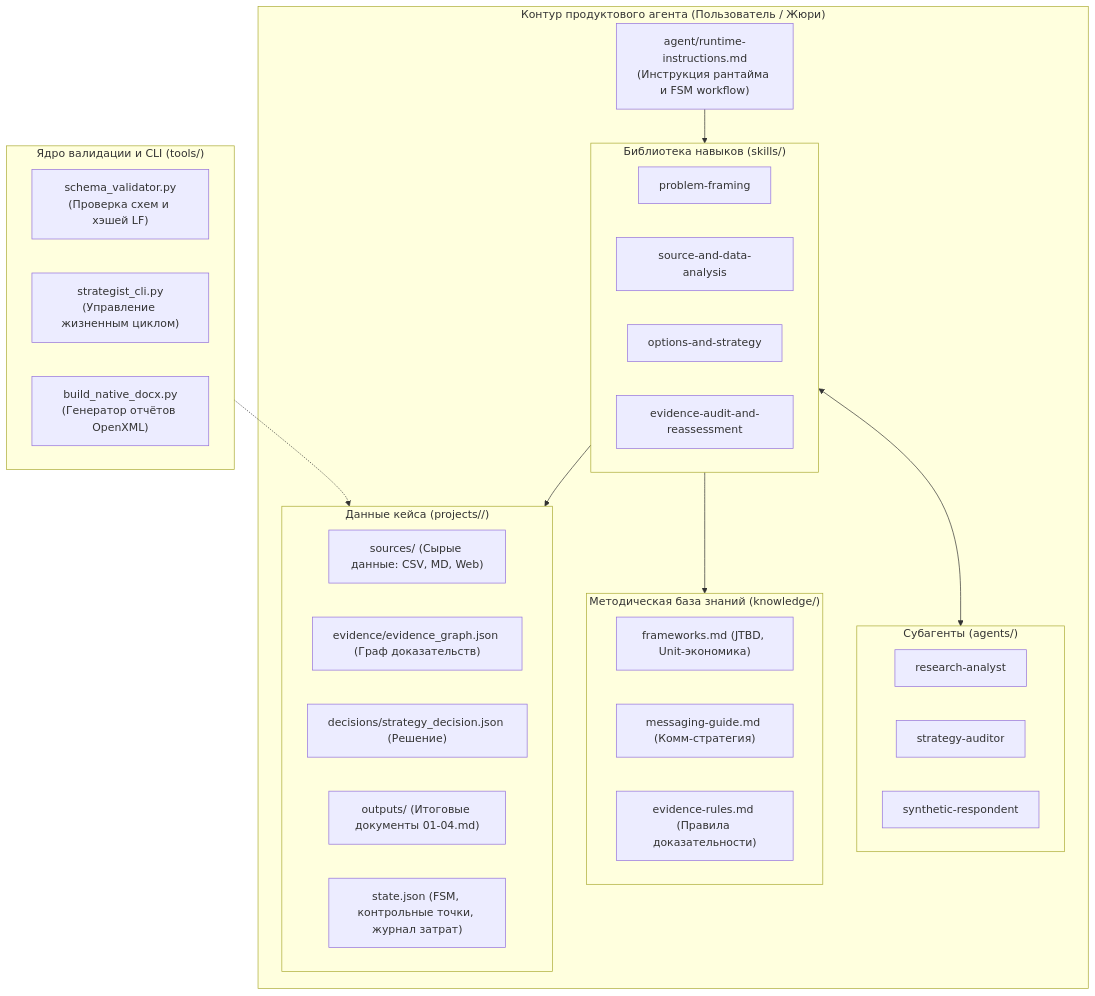
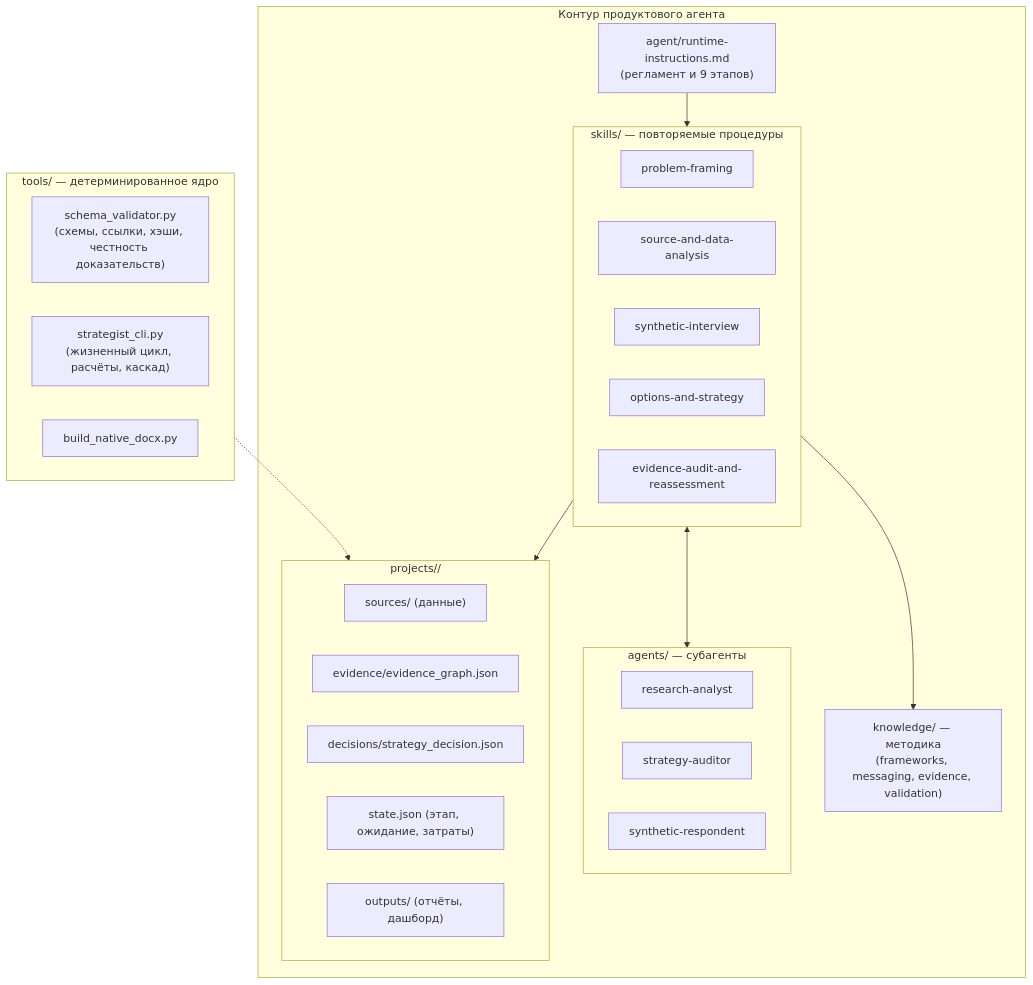
The diagram in README.md (Dafgas-ui/MGIMOv2), drawn with Mermaid before and after one commit. The commit also changed other lines of this file and 7 other files, not shown here.

````diff
--- a/README.md
+++ b/README.md
@@ -50,46 +85,36 @@
 ```mermaid
 flowchart TD
-    subgraph K2["Контур продуктового агента (Пользователь / Жюри)"]
-        RI["agent/runtime-instructions.md\n(Инструкция рантайма и FSM workflow)"]
-        
-        subgraph SKILLS["Библиотека навыков (skills/)"]
+    subgraph K2["Контур продуктового агента"]
+        RI["agent/runtime-instructions.md\n(регламент и 9 этапов)"]
+        subgraph SKILLS["skills/ — повторяемые процедуры"]
             S1["problem-framing"]
             S2["source-and-data-analysis"]
-            S3["options-and-strategy"]
-            S4["evidence-audit-and-reassessment"]
+            S3["synthetic-interview"]
+            S4["options-and-strategy"]
+            S5["evidence-audit-and-reassessment"]
         end
-
-        subgraph AGENTS["Субагенты (agents/)"]
+        subgraph AGENTS["agents/ — субагенты"]
             A1["research-analyst"]
             A2["strategy-auditor"]
             A3["synthetic-respondent"]
         end
-
-        subgraph KNOWLEDGE["Методическая база знаний (knowledge/)"]
-            KN1["frameworks.md (JTBD, Unit-экономика)"]
-            KN2["messaging-guide.md (Комм-стратегия)"]
-            KN3["evidence-rules.md (Правила доказательности)"]
+        KN["knowledge/ — методика\n(frameworks, messaging, evidence, validation)"]
+        subgraph CASE["projects/<case>/"]
+            SRC["sources/ (данные)"]
+            EV["evidence/evidence_graph.json"]
+            DEC["decisions/strategy_decision.json"]
+            ST["state.json (этап, ожидание, затраты)"]
+            OUT["outputs/ (отчёты, дашборд)"]
         end
-
-        subgraph CASE["Данные кейса (projects/<case>/)"]
-            SRC["sources/ (Сырые данные: CSV, MD, Web)"]
-            EV["evidence/evidence_graph.json (Граф доказательств)"]
-            DEC["decisions/strategy_decision.json (Решение)"]
-            OUT["outputs/ (Итоговые документы 01-04.md)"]
-            ST["state.json (FSM, контрольные точки, журнал затрат)"]
-        end
-
         RI --> SKILLS
         SKILLS <--> AGENTS
-        SKILLS --> KNOWLEDGE
+        SKILLS --> KN
         SKILLS --> CASE
     end
-
-    subgraph CORE["Ядро валидации и CLI (tools/)"]
-        VAL["schema_validator.py\n(Проверка схем и хэшей LF)"]
-        CLI["strategist_cli.py\n(Управление жизненным циклом)"]
-        DOCX["build_native_docx.py\n(Генератор отчётов OpenXML)"]
+    subgraph CORE["tools/ — детерминированное ядро"]
+        VAL["schema_validator.py\n(схемы, ссылки, хэши, честность доказательств)"]
+        CLI["strategist_cli.py\n(жизненный цикл, расчёты, каскад)"]
+        DOCX["build_native_docx.py"]
     end
-
     CORE -.-> CASE
 ```
````
